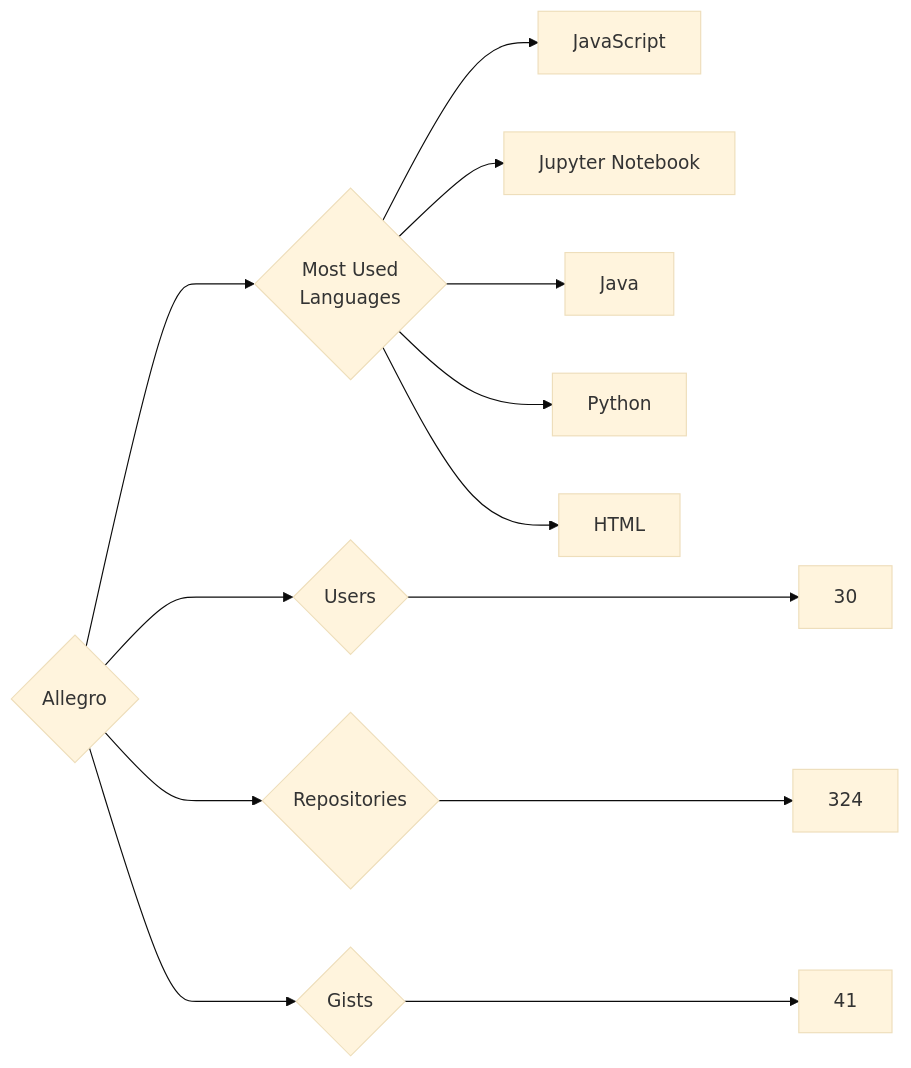
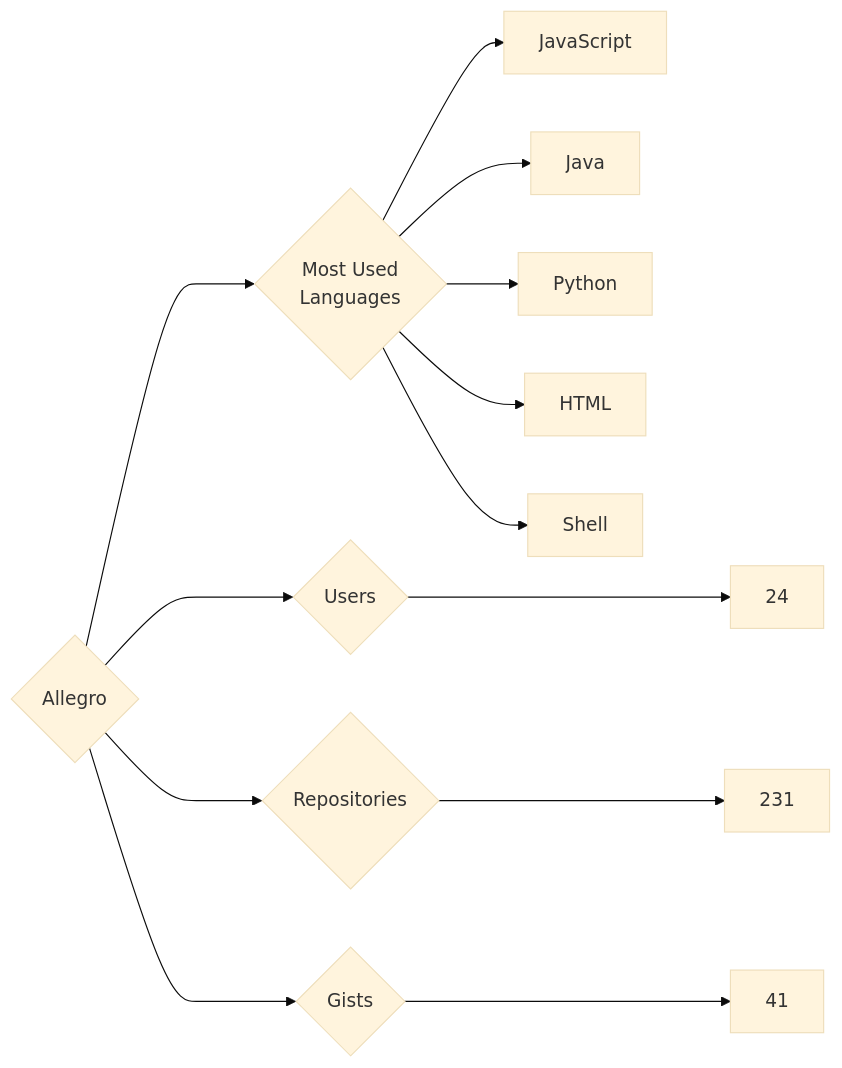
The diagram in targets/Allegro/README.md (trickest/insiders), drawn with Mermaid (base theme) before and after one commit. The commit also changed 748 other files, not shown here.

````diff
--- a/targets/Allegro/README.md
+++ b/targets/Allegro/README.md
@@ -3,13 +3,13 @@
 ```mermaid
 graph LR
 COMPANY_NAME{Allegro}
-COMPANY_NAME ---> U{Users} ---> UN[30]
-COMPANY_NAME ---> R{Repositories} ---> RN[324]
+COMPANY_NAME ---> U{Users} ---> UN[24]
+COMPANY_NAME ---> R{Repositories} ---> RN[231]
 COMPANY_NAME ---> G{Gists} ---> GN[41]
 COMPANY_NAME ---> ML{Most Used<br>Languages}
 ML --> JavaScript[JavaScript]
-ML --> Jupyter_Notebook[Jupyter Notebook]
 ML --> Java[Java]
 ML --> Python[Python]
 ML --> HTML[HTML]
+ML --> Shell[Shell]
 ```
````
